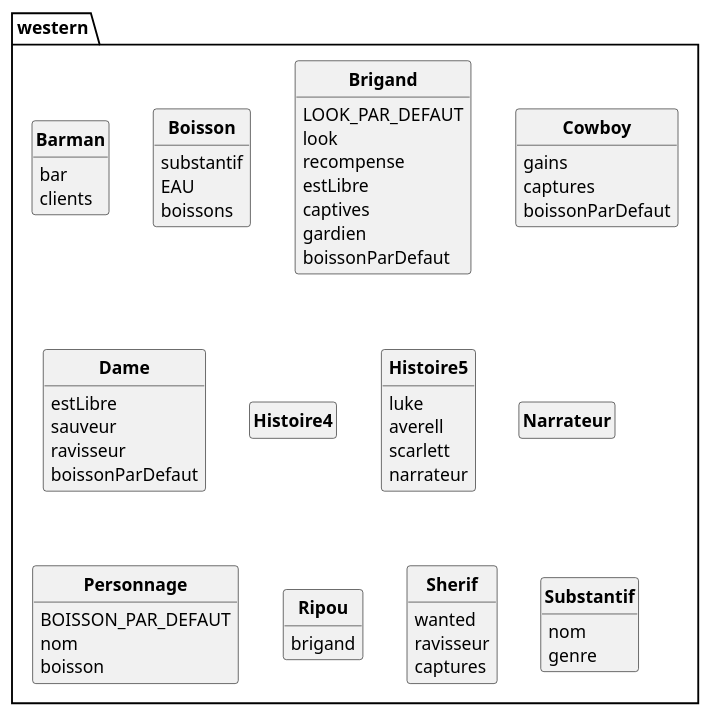
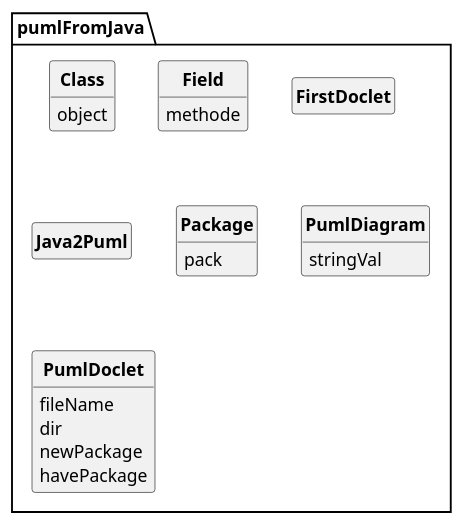
One commit to D3B1RUM4N/PumlFromJava changed the diagram in pumlCode.puml. Above: the diagram before and after it, drawn with PlantUML. The commit also changed 7 other files, not shown here.

```diff
--- a/pumlCode.puml
+++ b/pumlCode.puml
@@ -1,93 +1,49 @@
 @startuml
 
 'UML GENERE PAR CODE :)
 
 skinparam style strictuml
 skinparam classAttributeIconSize 0
 skinparam classFontStyle Bold
 hide empty members
 
-PACKAGE western{
-	CLASS Barman{
-		bar
-		clients
+PACKAGE pumlFromJava{
+	CLASS Class{
+		object
 	}
 
 
-	CLASS Boisson{
-		substantif
-		EAU
-		boissons
+	CLASS Field{
+		methode
 	}
 
 
-	CLASS Brigand{
-		LOOK_PAR_DEFAUT
-		look
-		recompense
-		estLibre
-		captives
-		gardien
-		boissonParDefaut
+	CLASS FirstDoclet{
 	}
 
 
-	CLASS Cowboy{
-		gains
-		captures
-		boissonParDefaut
+	CLASS Java2Puml{
 	}
 
 
-	CLASS Dame{
-		estLibre
-		sauveur
-		ravisseur
-		boissonParDefaut
+	CLASS Package{
+		pack
 	}
 
 
-	CLASS Histoire4{
+	CLASS PumlDiagram{
+		stringVal
 	}
 
 
-	CLASS Histoire5{
-		luke
-		averell
-		scarlett
-		narrateur
-	}
-
-
-	CLASS Narrateur{
-	}
-
-
-	CLASS Personnage{
-		BOISSON_PAR_DEFAUT
-		nom
-		boisson
-	}
-
-
-	CLASS Ripou{
-		brigand
-	}
-
-
-	CLASS Sherif{
-		wanted
-		ravisseur
-		captures
-	}
-
-
-	CLASS Substantif{
-		nom
-		genre
+	CLASS PumlDoclet{
+		fileName
+		dir
+		newPackage
+		havePackage
 	}
 
 
 
 }
 @enduml
```
